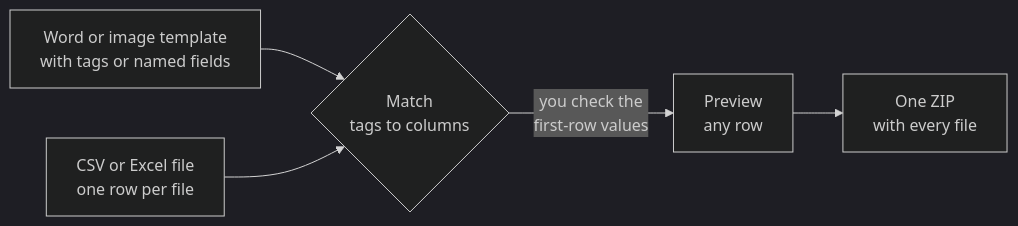
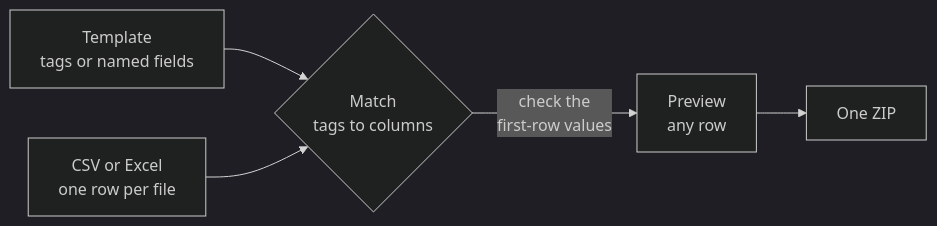
Before and after one commit to nhhthong/sheetstamp: the diagram in README.md, drawn with Mermaid (dark theme). The commit also changed other lines of this file and 1 other file, not shown here.

First line of the commit message:
docs: shorter README with the contract matching flow (#30)

````diff
--- a/README.md
+++ b/README.md
@@ -51,7 +38,7 @@
 ```mermaid
 flowchart LR
-  A["Word or image template<br/>with tags or named fields"] --> C
-  B["CSV or Excel file<br/>one row per file"] --> C
-  C{"Match<br/>tags to columns"} -->|you check the<br/>first-row values| D["Preview<br/>any row"]
-  D --> E["One ZIP<br/>with every file"]
+  A["Template<br/>tags or named fields"] --> C
+  B["CSV or Excel<br/>one row per file"] --> C
+  C{"Match<br/>tags to columns"} -->|check the<br/>first-row values| D["Preview<br/>any row"]
+  D --> E["One ZIP"]
 ```
````
